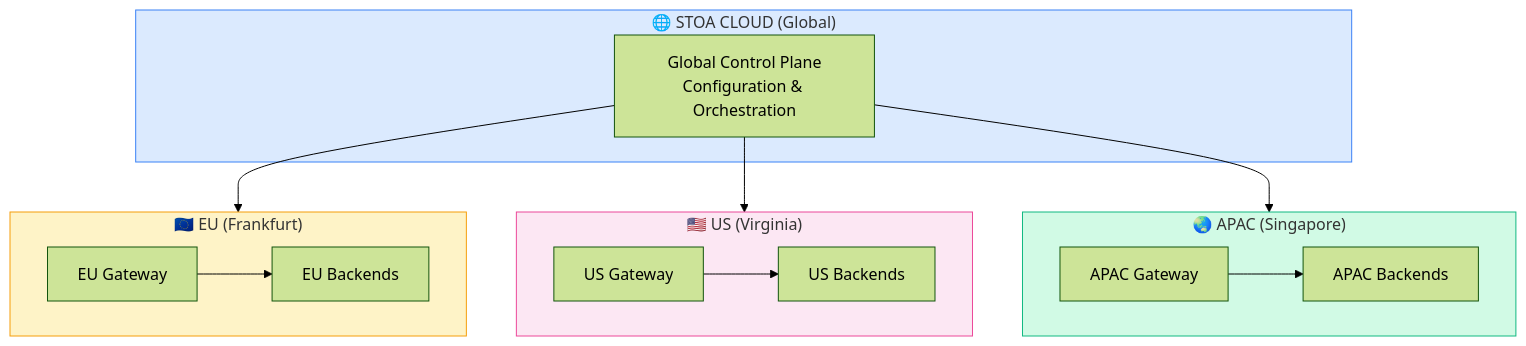
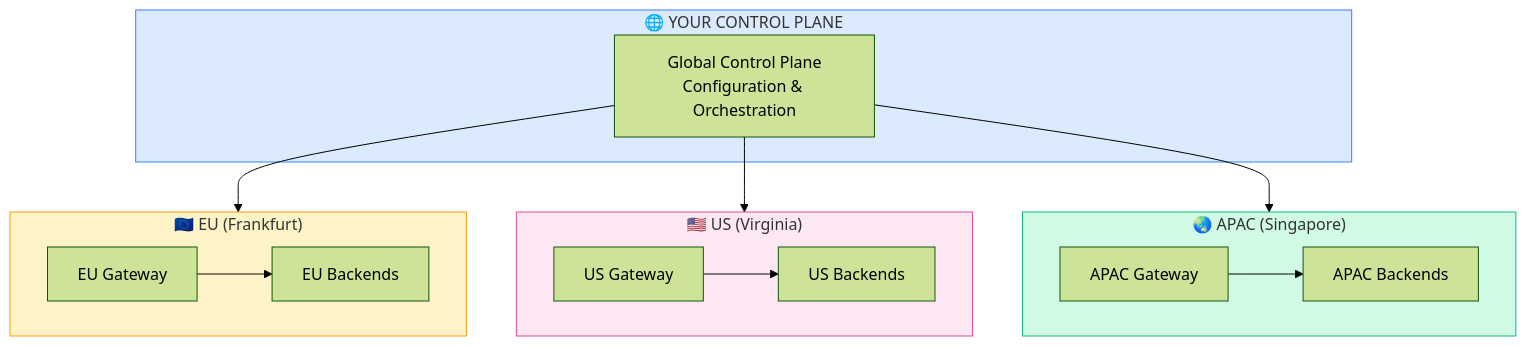
One commit to stoa-platform/stoa-docs changed the third of 4 diagrams in docs/deployment/hybrid.md. Above: the diagram before and after it, drawn with Mermaid (forest theme). The commit also changed other lines of this file and 87 other files, not shown here.

````diff
--- a/docs/deployment/hybrid.md
+++ b/docs/deployment/hybrid.md
@@ -172,31 +176,31 @@
 ```mermaid
 flowchart TB
-    subgraph Global["🌐 STOA CLOUD (Global)"]
+    subgraph Global["🌐 YOUR CONTROL PLANE"]
         GCP["Global Control Plane<br/>Configuration & Orchestration"]
     end
 
     subgraph EU["🇪🇺 EU (Frankfurt)"]
         EUG["EU Gateway"]
         EUB["EU Backends"]
         EUG --> EUB
     end
 
     subgraph US["🇺🇸 US (Virginia)"]
         USG["US Gateway"]
         USB["US Backends"]
         USG --> USB
     end
 
     subgraph APAC["🌏 APAC (Singapore)"]
         APG["APAC Gateway"]
         APB["APAC Backends"]
         APG --> APB
     end
 
     GCP --> EU & US & APAC
 
     style Global fill:#dbeafe,stroke:#3b82f6
     style EU fill:#fef3c7,stroke:#f59e0b
     style US fill:#fce7f3,stroke:#ec4899
     style APAC fill:#d1fae5,stroke:#10b981
 ```
````
